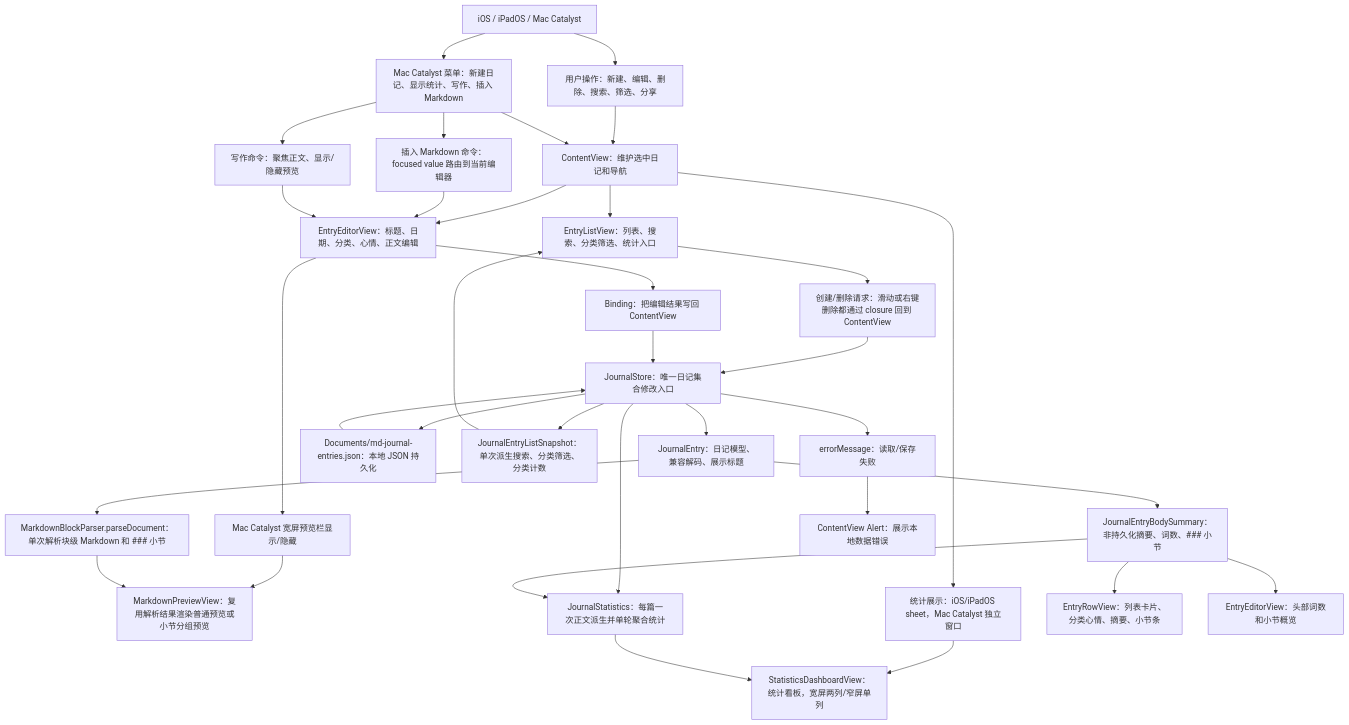
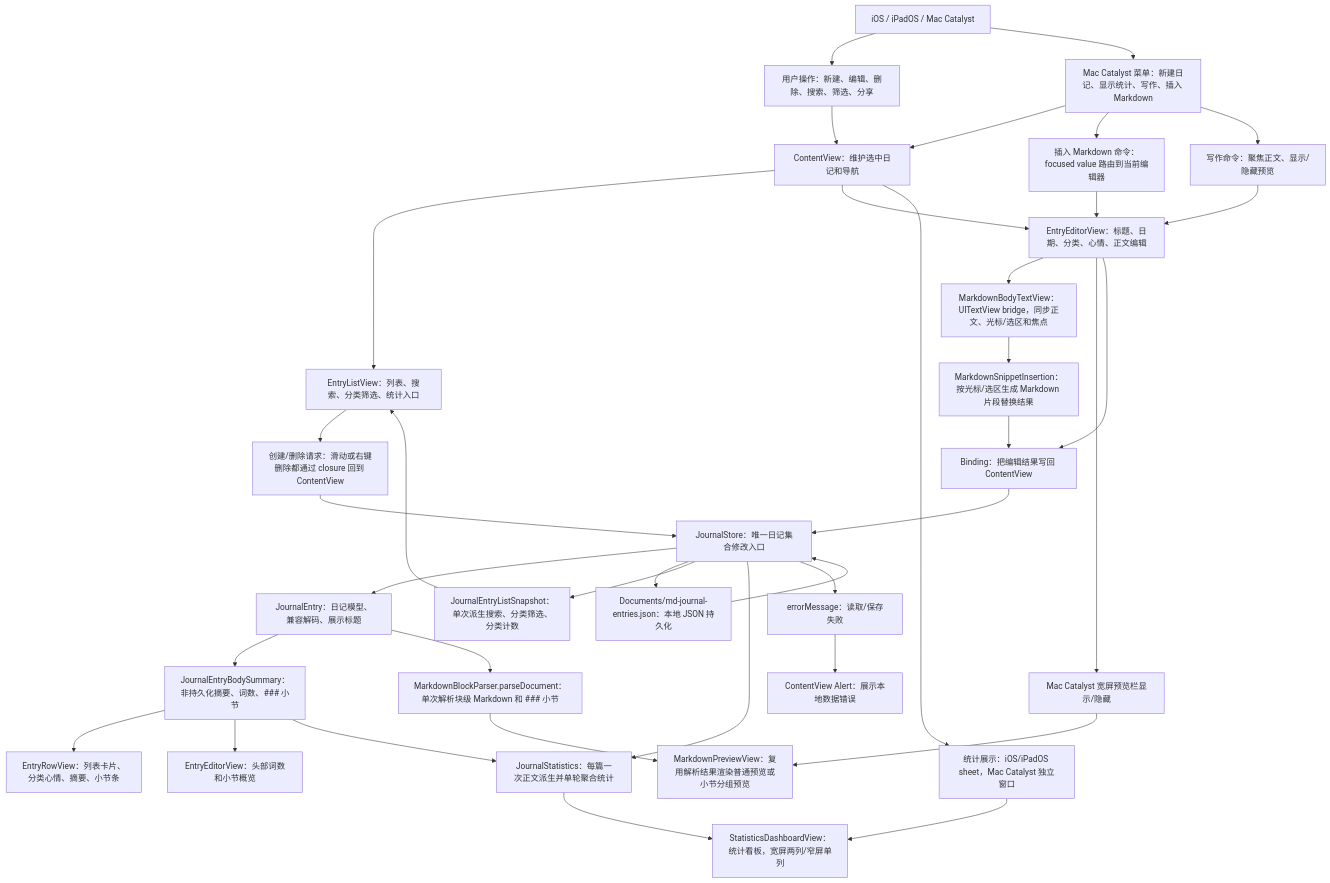
The first of 5 diagrams in md/flow/flowchart.md (Altman-sam114/117), drawn with Mermaid before and after one commit. The commit also changed other lines of this file and 11 other files, not shown here.

````diff
--- a/md/flow/flowchart.md
+++ b/md/flow/flowchart.md
@@ -9,36 +9,39 @@
 ```mermaid
 flowchart TD
   Platform["iOS / iPadOS / Mac Catalyst"] --> User["用户操作：新建、编辑、删除、搜索、筛选、分享"]
   Platform --> Menu["Mac Catalyst 菜单：新建日记、显示统计、写作、插入 Markdown"]
   User --> CV["ContentView：维护选中日记和导航"]
   Menu --> CV
   CV --> List["EntryListView：列表、搜索、分类筛选、统计入口"]
   CV --> Editor["EntryEditorView：标题、日期、分类、心情、正文编辑"]
   Menu --> SnippetCommand["插入 Markdown 命令：focused value 路由到当前编辑器"]
   SnippetCommand --> Editor
   Menu --> WritingCommand["写作命令：聚焦正文、显示/隐藏预览"]
   WritingCommand --> Editor
+  Editor --> BodyTextView["MarkdownBodyTextView：UITextView bridge，同步正文、光标/选区和焦点"]
+  BodyTextView --> SnippetInsertion["MarkdownSnippetInsertion：按光标/选区生成 Markdown 片段替换结果"]
+  SnippetInsertion --> Binding
   Editor --> PreviewToggle["Mac Catalyst 宽屏预览栏显示/隐藏"]
   PreviewToggle --> Preview
   List --> CreateDelete["创建/删除请求：滑动或右键删除都通过 closure 回到 ContentView"]
   Editor --> Binding["Binding<JournalEntry>：把编辑结果写回 ContentView"]
   CreateDelete --> Store["JournalStore：唯一日记集合修改入口"]
   Binding --> Store
   Store --> Model["JournalEntry：日记模型、兼容解码、展示标题"]
   Store --> JSON["Documents/md-journal-entries.json：本地 JSON 持久化"]
   JSON --> Store
   Model --> Summary["JournalEntryBodySummary：非持久化摘要、词数、### 小节"]
   Store --> ListSnapshot["JournalEntryListSnapshot：单次派生搜索、分类筛选、分类计数"]
   ListSnapshot --> List
   Model --> Parser["MarkdownBlockParser.parseDocument：单次解析块级 Markdown 和 ### 小节"]
   Parser --> Preview["MarkdownPreviewView：复用解析结果渲染普通预览或小节分组预览"]
   Store --> Stats["JournalStatistics：每篇一次正文派生并单轮聚合统计"]
   CV --> StatsSurface["统计展示：iOS/iPadOS sheet，Mac Catalyst 独立窗口"]
   StatsSurface --> Dashboard["StatisticsDashboardView：统计看板，宽屏两列/窄屏单列"]
   Stats --> Dashboard
   Summary --> Row["EntryRowView：列表卡片、分类心情、摘要、小节条"]
   Summary --> EditorStats["EntryEditorView：头部词数和小节概览"]
   Summary --> Stats
   Store --> Error["errorMessage：读取/保存失败"]
   Error --> Alert["ContentView Alert：展示本地数据错误"]
 ```
````
